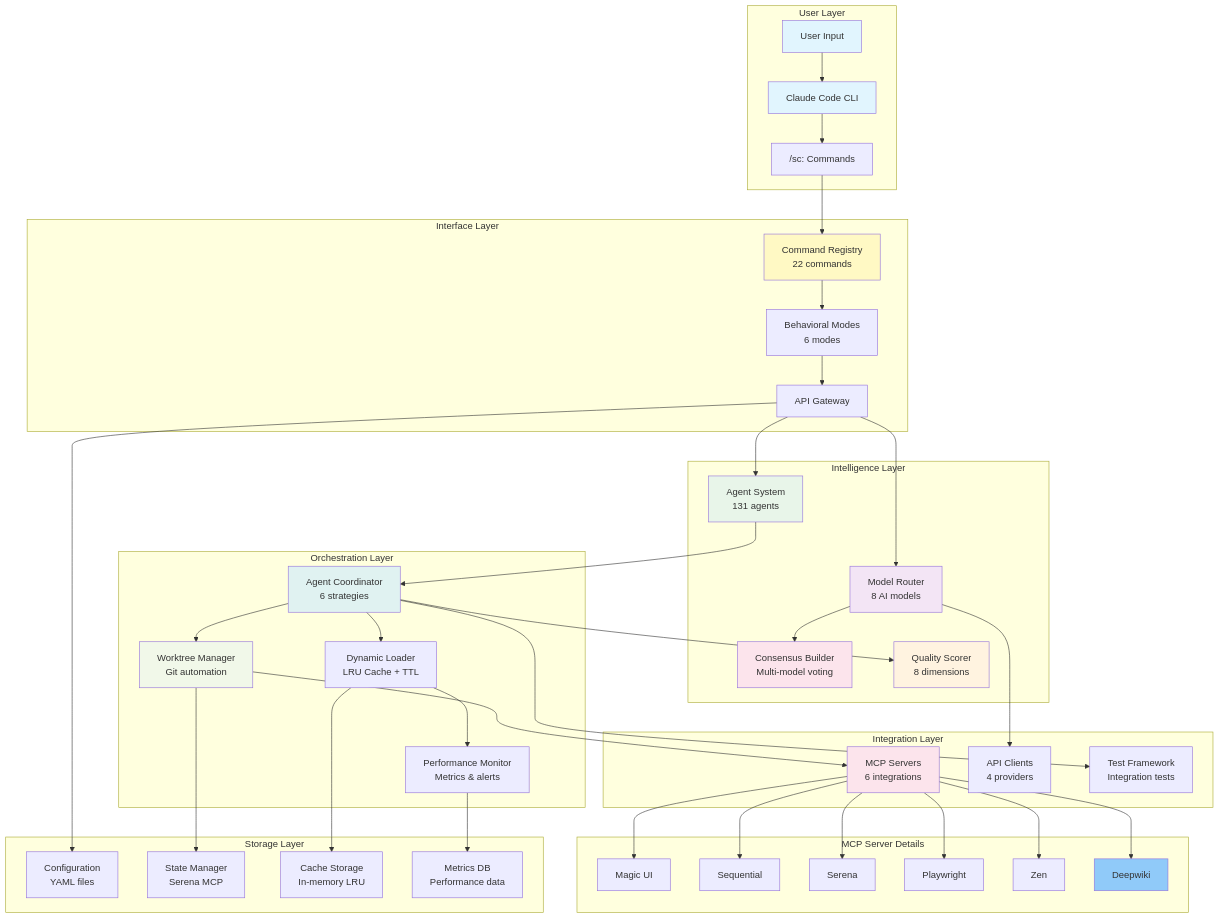
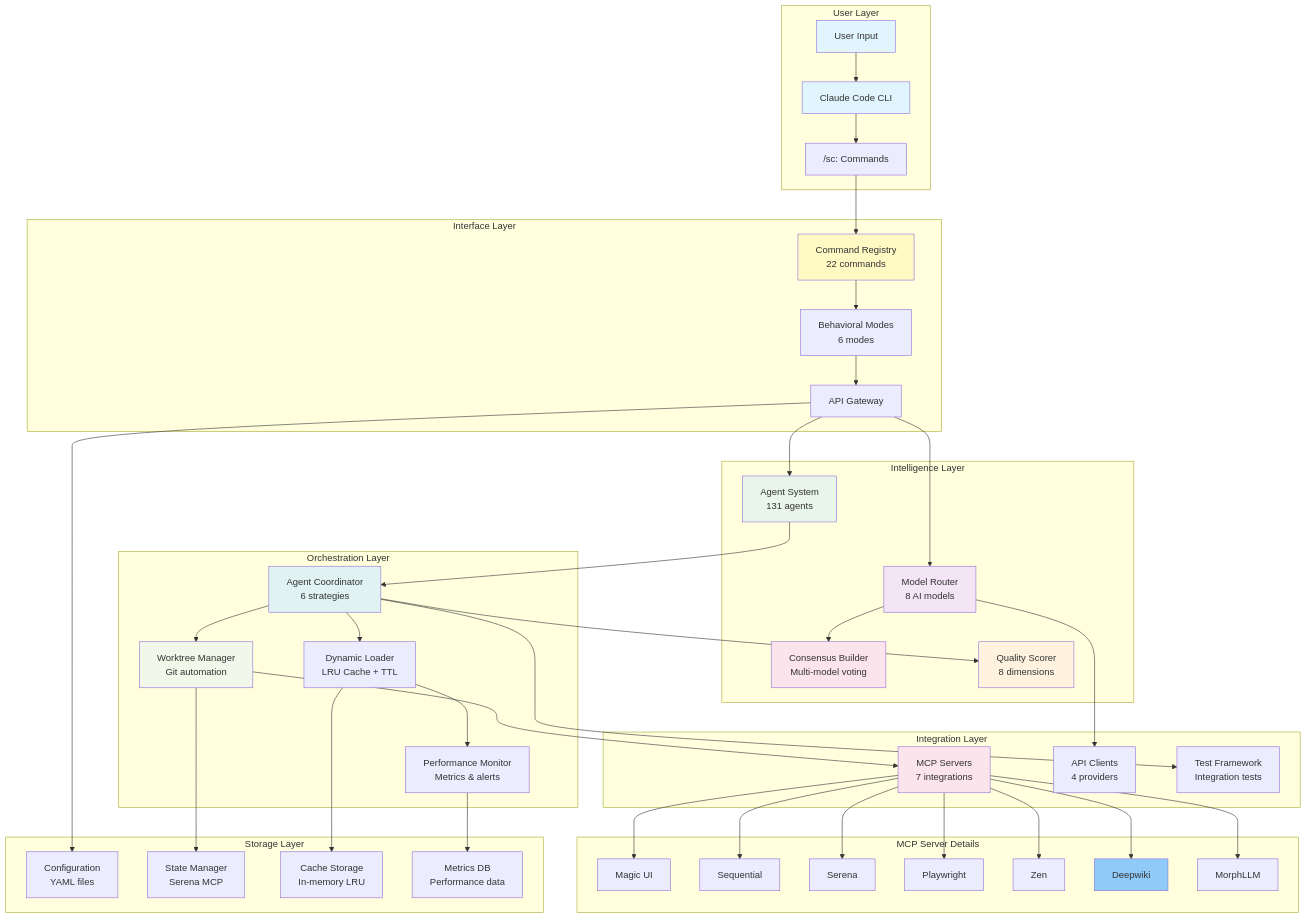
One commit to Tony363/SuperClaude changed the diagram in README.md. Above: the diagram before and after it, drawn with Mermaid. The commit also changed other lines of this file and 87 other files, not shown here.

```diff
--- a/README.md
+++ b/README.md
@@ -62,7 +62,7 @@
     end
 
     subgraph "Integration Layer"
-        MCP[MCP Servers<br/>6 integrations]
+        MCP[MCP Servers<br/>7 integrations]
         APC[API Clients<br/>4 providers]
         TF[Test Framework<br/>Integration tests]
     end
@@ -74,6 +74,7 @@
         PLAY[Playwright]
         ZEN[Zen]
         DEEP[Deepwiki]
+        MORPH[MorphLLM]
     end
 
     subgraph "Storage Layer"
@@ -109,6 +110,7 @@
     MCP --> PLAY
     MCP --> ZEN
     MCP --> DEEP
+    MCP --> MORPH
 
     DL --> CACHE
     WM --> STATE
```
